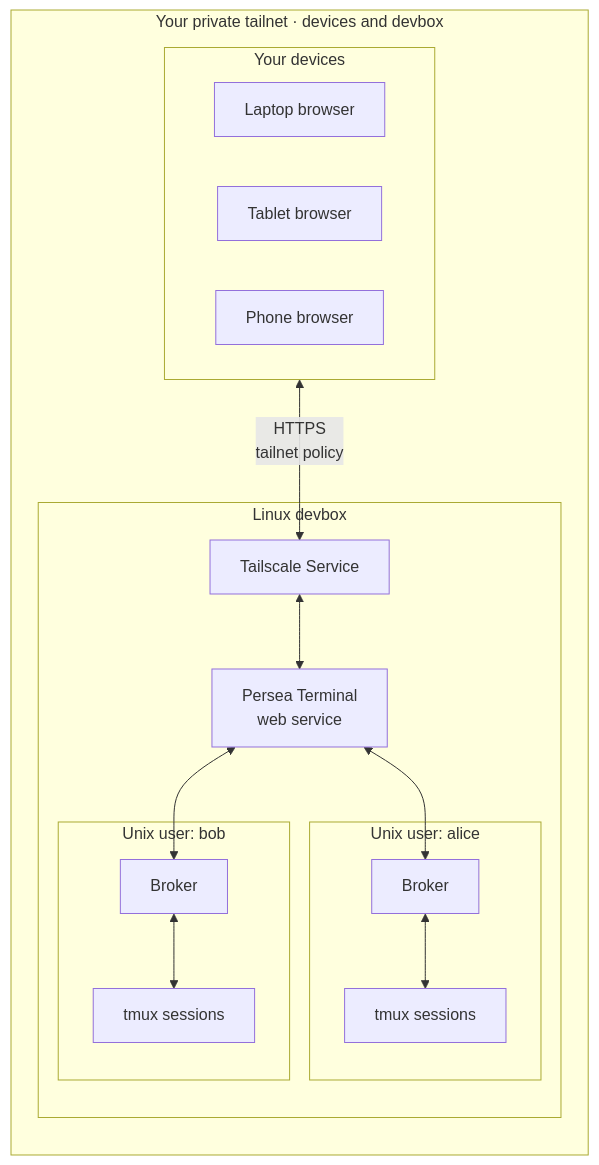
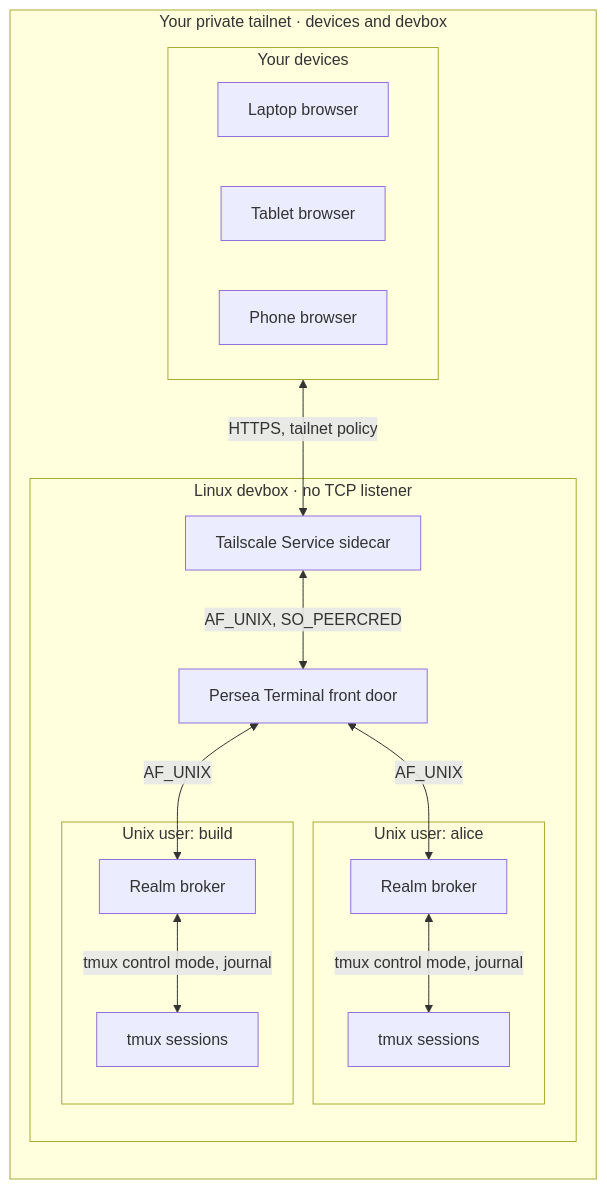
Before and after one commit to agent-smith-architect/persea-terminal: the diagram in README.md, drawn with Mermaid. The commit also changed other lines of this file and 9 other files, not shown here.

Commit message:
Refresh documentation, architecture diagram, and screenshots

````diff
--- a/README.md
+++ b/README.md
@@ -29,31 +45,33 @@
 ```mermaid
 flowchart LR
     subgraph tailnet["Your private tailnet · devices and devbox"]
         subgraph devices["Your devices"]
             laptop["Laptop browser"]
             tablet["Tablet browser"]
             phone["Phone browser"]
         end
 
-        subgraph devbox["Linux devbox"]
-            serve["Tailscale Service"]
-            terminal["Persea Terminal<br/>web service"]
-            serve <--> terminal
+        subgraph devbox["Linux devbox · no TCP listener"]
+            sidecar["Tailscale Service sidecar"]
+            front["Persea Terminal front door"]
+            sidecar <-->|AF_UNIX, SO_PEERCRED| front
 
             subgraph alice["Unix user: alice"]
-                brokerA["Broker"]
+                brokerA["Realm broker"]
                 tmuxA["tmux sessions"]
-                brokerA <--> tmuxA
+                brokerA <-->|tmux control mode, journal| tmuxA
             end
-            subgraph bob["Unix user: bob"]
-                brokerB["Broker"]
+
+            subgraph build["Unix user: build"]
+                brokerB["Realm broker"]
                 tmuxB["tmux sessions"]
-                brokerB <--> tmuxB
+                brokerB <-->|tmux control mode, journal| tmuxB
             end
-            terminal <--> brokerA
-            terminal <--> brokerB
+
+            front <-->|AF_UNIX| brokerA
+            front <-->|AF_UNIX| brokerB
         end
 
-        devices <-->|HTTPS<br/>tailnet policy| serve
+        devices <-->|HTTPS, tailnet policy| sidecar
     end
 ```
````
